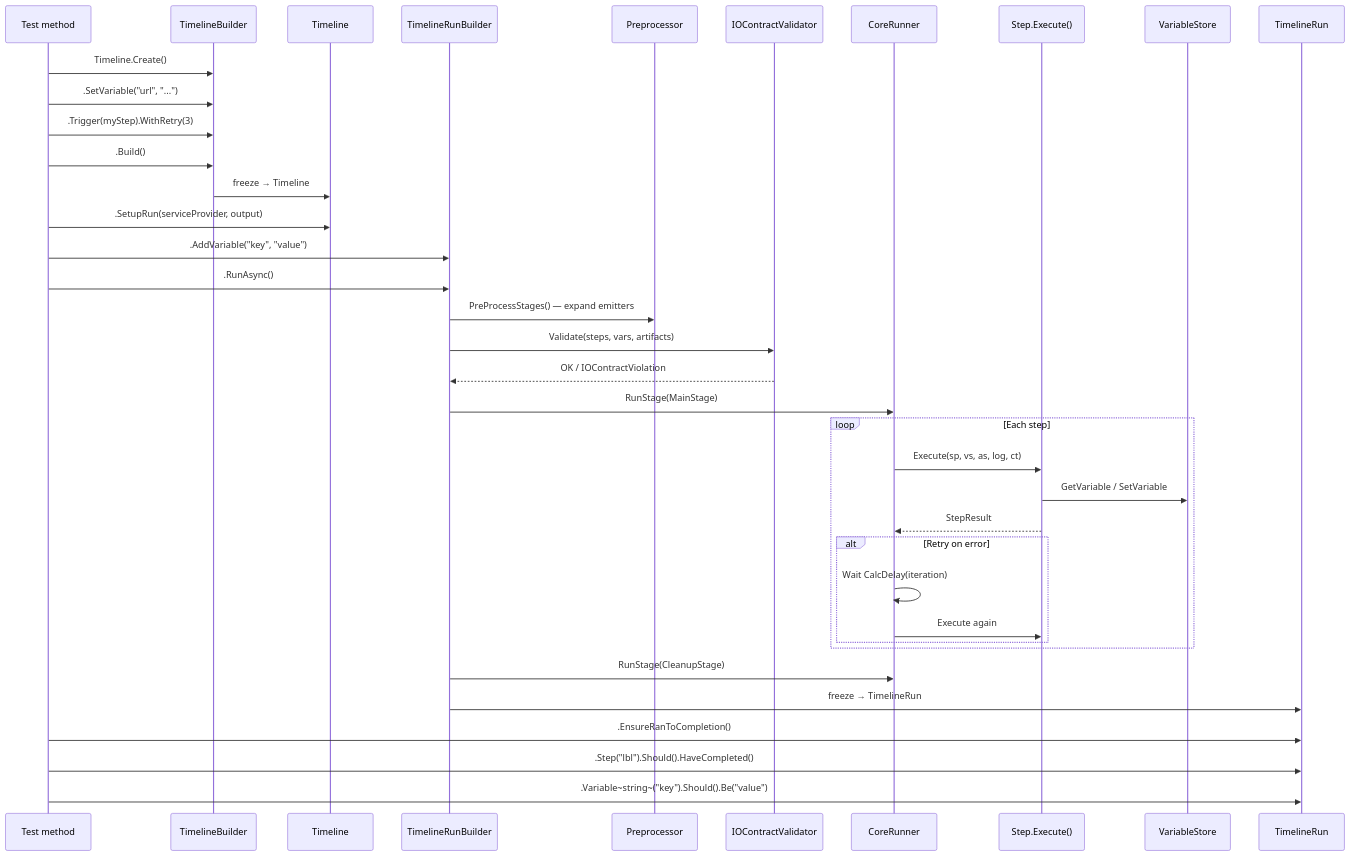
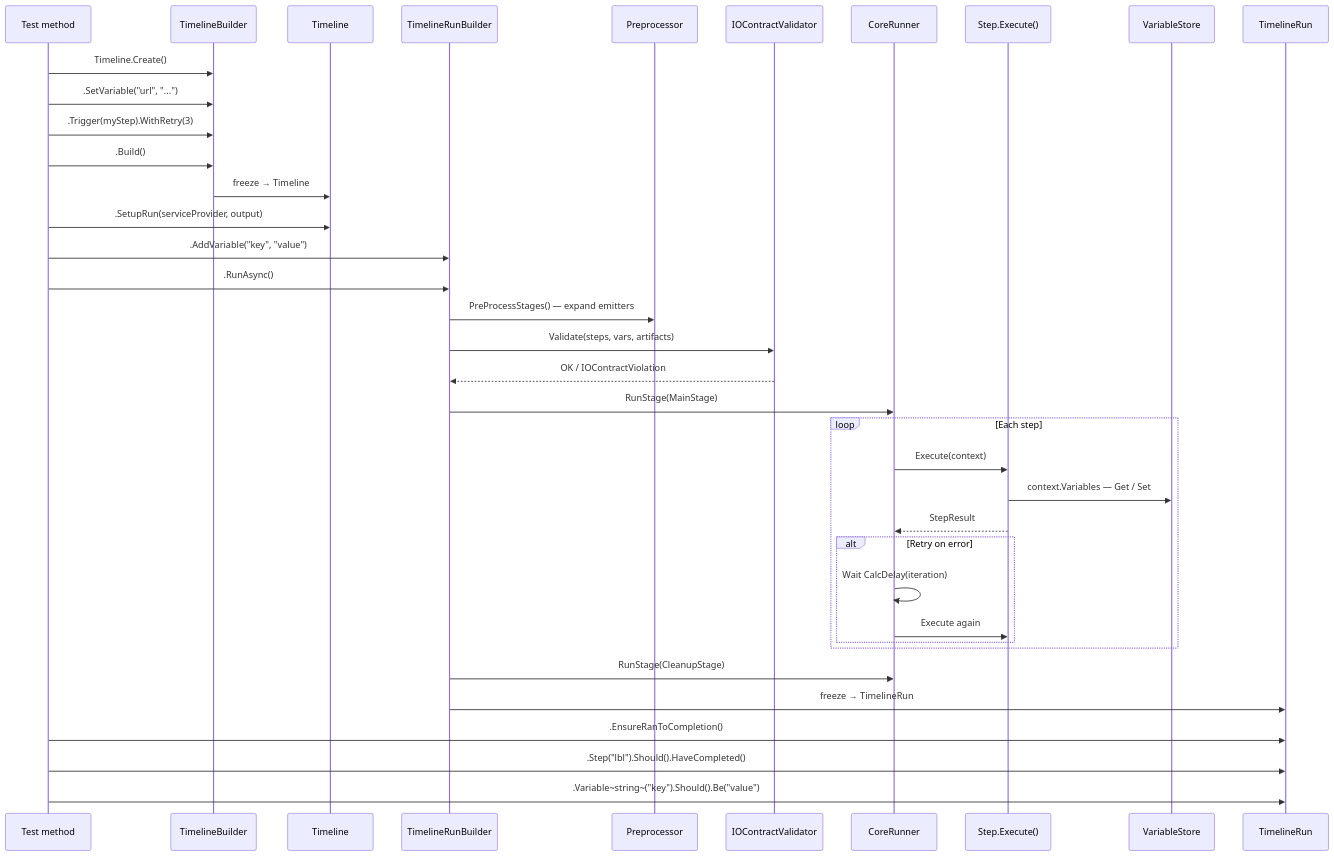
Before and after one commit to DeadMoon0/TestFramework-Core: the ninth of 16 diagrams in Documentation/Arc42.md, drawn with Mermaid. The commit also changed other lines of this file and 1 other file, not shown here.

Commit message:
Describe the RunContext step contract, deadline grace and write gate in the architecture docs

````diff
--- a/Documentation/Arc42.md
+++ b/Documentation/Arc42.md
@@ -348,44 +348,44 @@
 ```mermaid
 sequenceDiagram
     participant Test as Test method
     participant TB as TimelineBuilder
     participant TL as Timeline
     participant TRB as TimelineRunBuilder
     participant PP as Preprocessor
     participant VAL as IOContractValidator
     participant CR as CoreRunner
     participant Step as Step.Execute()
     participant VS as VariableStore
     participant TR as TimelineRun
 
     Test->>TB: Timeline.Create()
     Test->>TB: .SetVariable("url", "...")
     Test->>TB: .Trigger(myStep).WithRetry(3)
     Test->>TB: .Build()
     TB->>TL: freeze → Timeline
 
     Test->>TL: .SetupRun(serviceProvider, output)
     Test->>TRB: .AddVariable("key", "value")
     Test->>TRB: .RunAsync()
 
     TRB->>PP: PreProcessStages() — expand emitters
     TRB->>VAL: Validate(steps, vars, artifacts)
     VAL-->>TRB: OK / IOContractViolation
 
     TRB->>CR: RunStage(MainStage)
     loop Each step
-        CR->>Step: Execute(sp, vs, as, log, ct)
-        Step->>VS: GetVariable / SetVariable
+        CR->>Step: Execute(context)
+        Step->>VS: context.Variables — Get / Set
         Step-->>CR: StepResult
         alt Retry on error
             CR->>CR: Wait CalcDelay(iteration)
             CR->>Step: Execute again
         end
     end
     TRB->>CR: RunStage(CleanupStage)
     TRB->>TR: freeze → TimelineRun
 
     Test->>TR: .EnsureRanToCompletion()
     Test->>TR: .Step("lbl").Should().HaveCompleted()
     Test->>TR: .Variable~string~("key").Should().Be("value")
 ```
````
